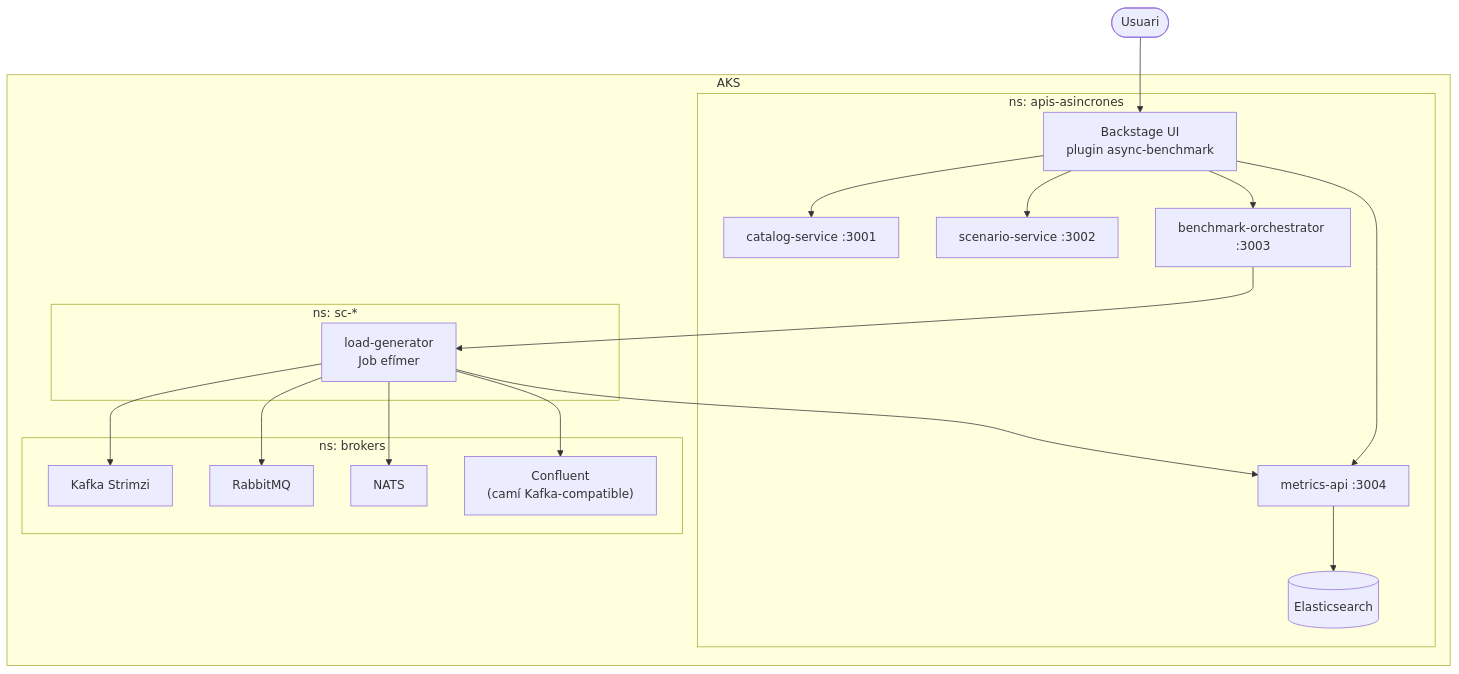
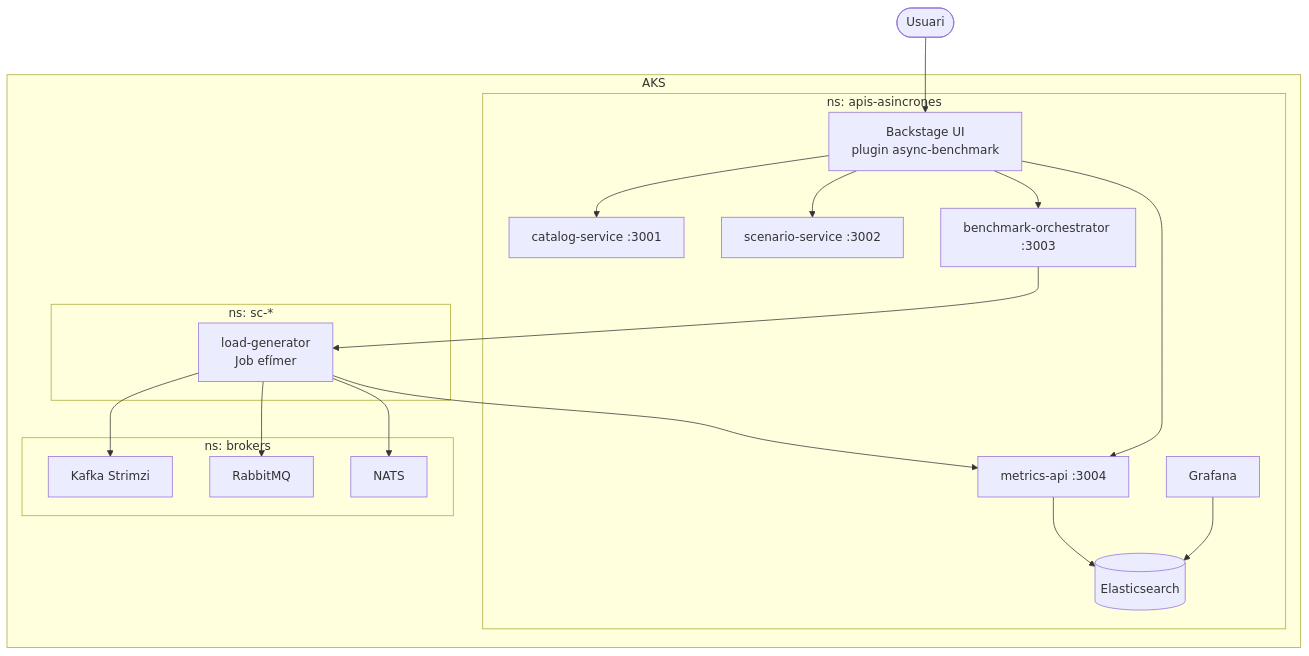
One commit to marcfontt/apis-asincrones changed the diagram in README.md. Above: the diagram before and after it, drawn with Mermaid. The commit also changed other lines of this file and 22 other files, not shown here.

````diff
--- a/README.md
+++ b/README.md
@@ -84,38 +38,38 @@
 ```mermaid
 flowchart TB
     user(["Usuari"]) --> backstage["Backstage UI<br/>plugin async-benchmark"]
 
     subgraph aks["AKS"]
         subgraph app["ns: apis-asincrones"]
             backstage
             catalog["catalog-service :3001"]
             scenario["scenario-service :3002"]
             orchestrator["benchmark-orchestrator :3003"]
             metrics["metrics-api :3004"]
             es[("Elasticsearch")]
+            grafana["Grafana"]
         end
 
         subgraph brokers["ns: brokers"]
             kafkaBroker["Kafka Strimzi"]
             rabbit["RabbitMQ"]
             nats["NATS"]
-            confluent["Confluent<br/>(camí Kafka-compatible)"]
         end
 
         subgraph runs["ns: sc-*"]
             loadgen["load-generator<br/>Job efímer"]
         end
     end
 
     backstage --> catalog
     backstage --> scenario
     backstage --> orchestrator
     backstage --> metrics
     orchestrator --> loadgen
     loadgen --> kafkaBroker
     loadgen --> rabbit
     loadgen --> nats
-    loadgen --> confluent
     loadgen --> metrics
     metrics --> es
+    grafana --> es
 ```
````
